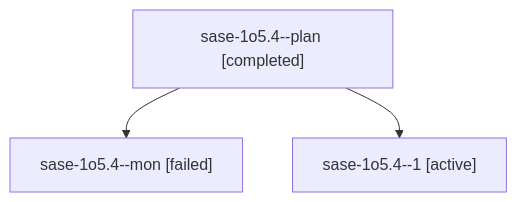
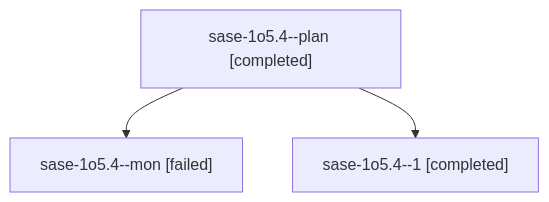
The diagram in sessions/bbugyi200.athena.sase-1o5.4.md (sase-org/sase--agents), drawn with Mermaid before and after one commit. The commit also changed other lines of this file and 139 other files, not shown here.

````diff
--- a/sessions/bbugyi200.athena.sase-1o5.4.md
+++ b/sessions/bbugyi200.athena.sase-1o5.4.md
@@ -9,8 +9,8 @@
 ```mermaid
 flowchart TD
   n0["sase-1o5.4--plan [completed]"]
   n1["sase-1o5.4--mon [failed]"]
   n0 --> n1
-  n2["sase-1o5.4--1 [active]"]
+  n2["sase-1o5.4--1 [completed]"]
   n0 --> n2
 ```
````
